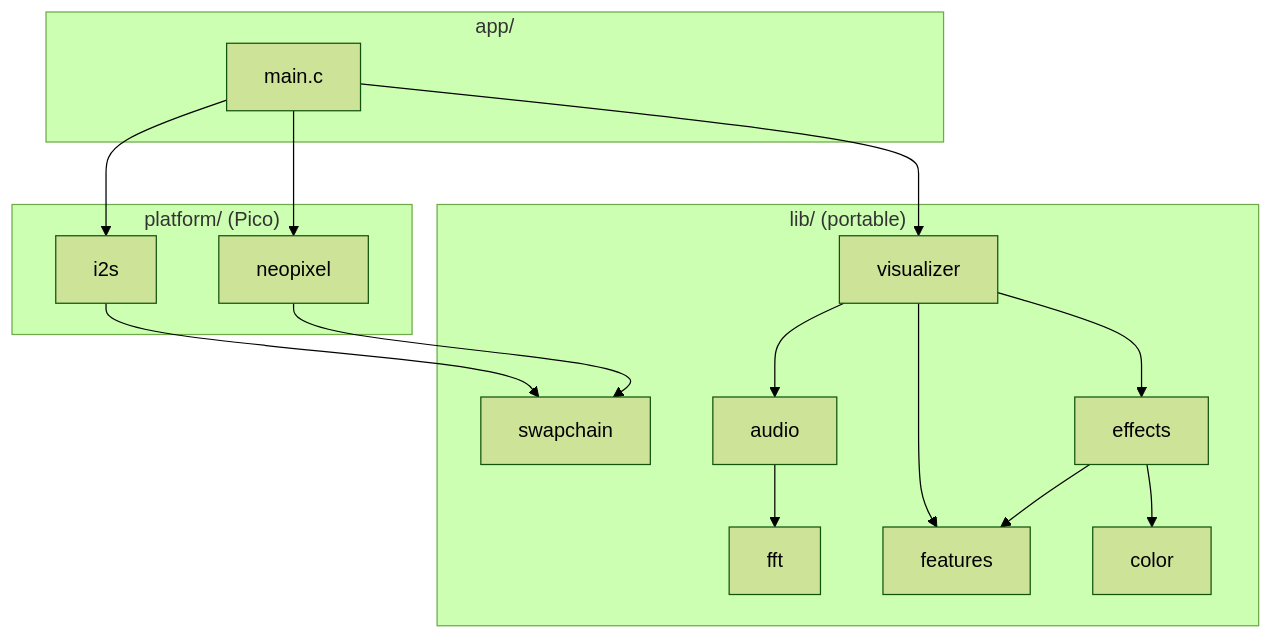
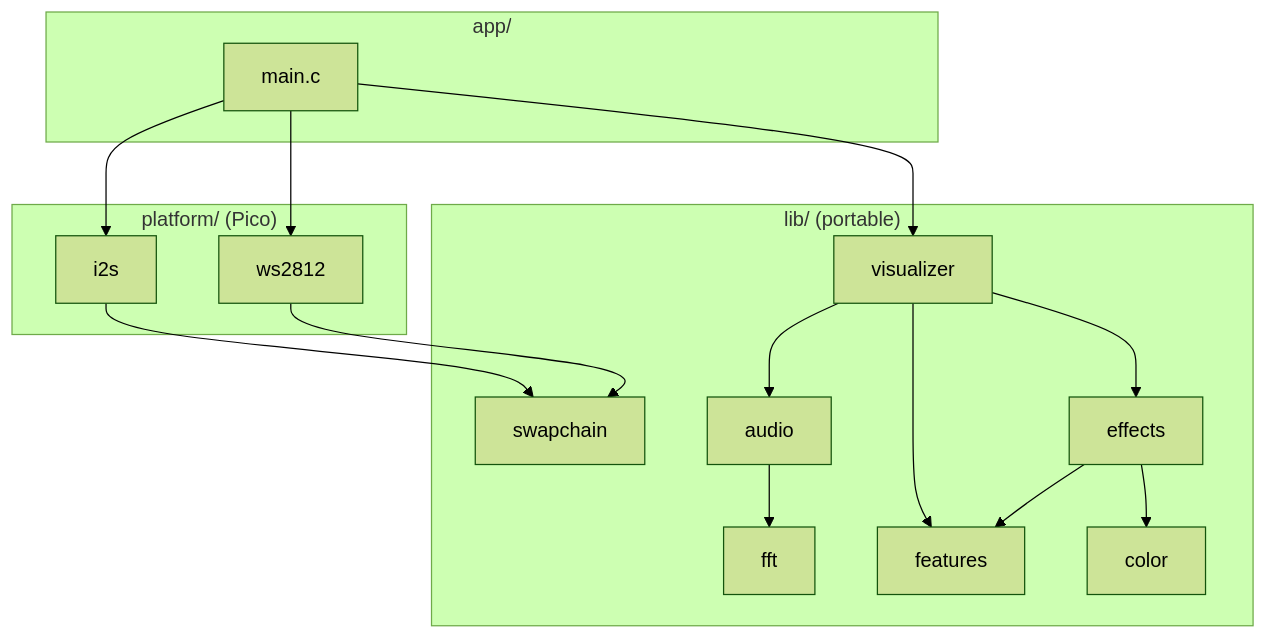
The second of 2 diagrams in README.md (whyisitworking/light-painting), drawn with Mermaid (forest theme) before and after one commit. The commit also changed other lines of this file and 16 other files, not shown here.

````diff
--- a/README.md
+++ b/README.md
@@ -225,18 +225,18 @@
 ```mermaid
 flowchart TB
     subgraph app ["app/"]
         main["main.c"]
     end
     subgraph platform ["platform/ (Pico)"]
         i2s
-        neopixel
+        ws2812
     end
     subgraph lib ["lib/ (portable)"]
         visualizer --> audio & features & effects
         audio --> fft
         effects --> features & color
         swapchain
     end
-    main --> i2s & neopixel & visualizer
-    i2s & neopixel --> swapchain
+    main --> i2s & ws2812 & visualizer
+    i2s & ws2812 --> swapchain
 ```
````
